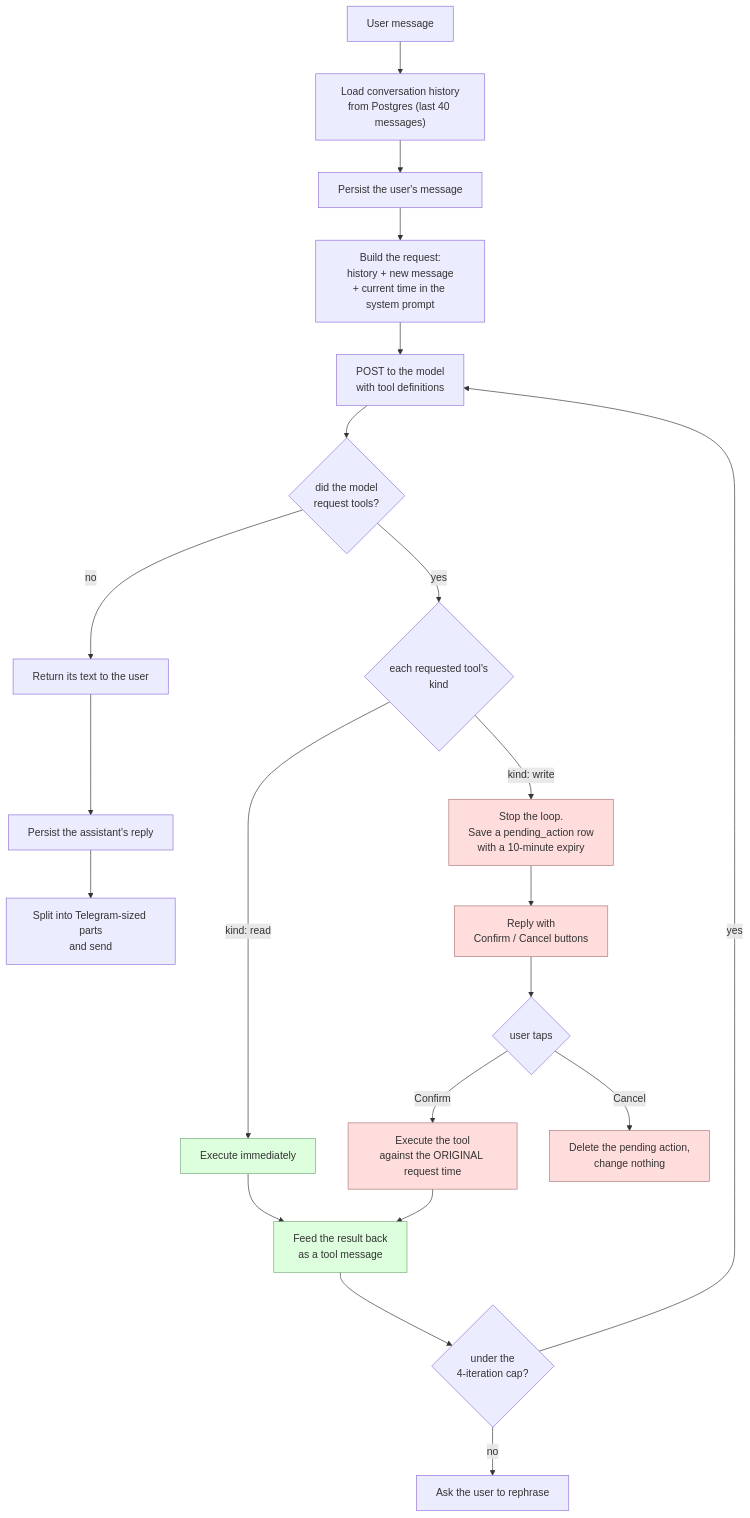
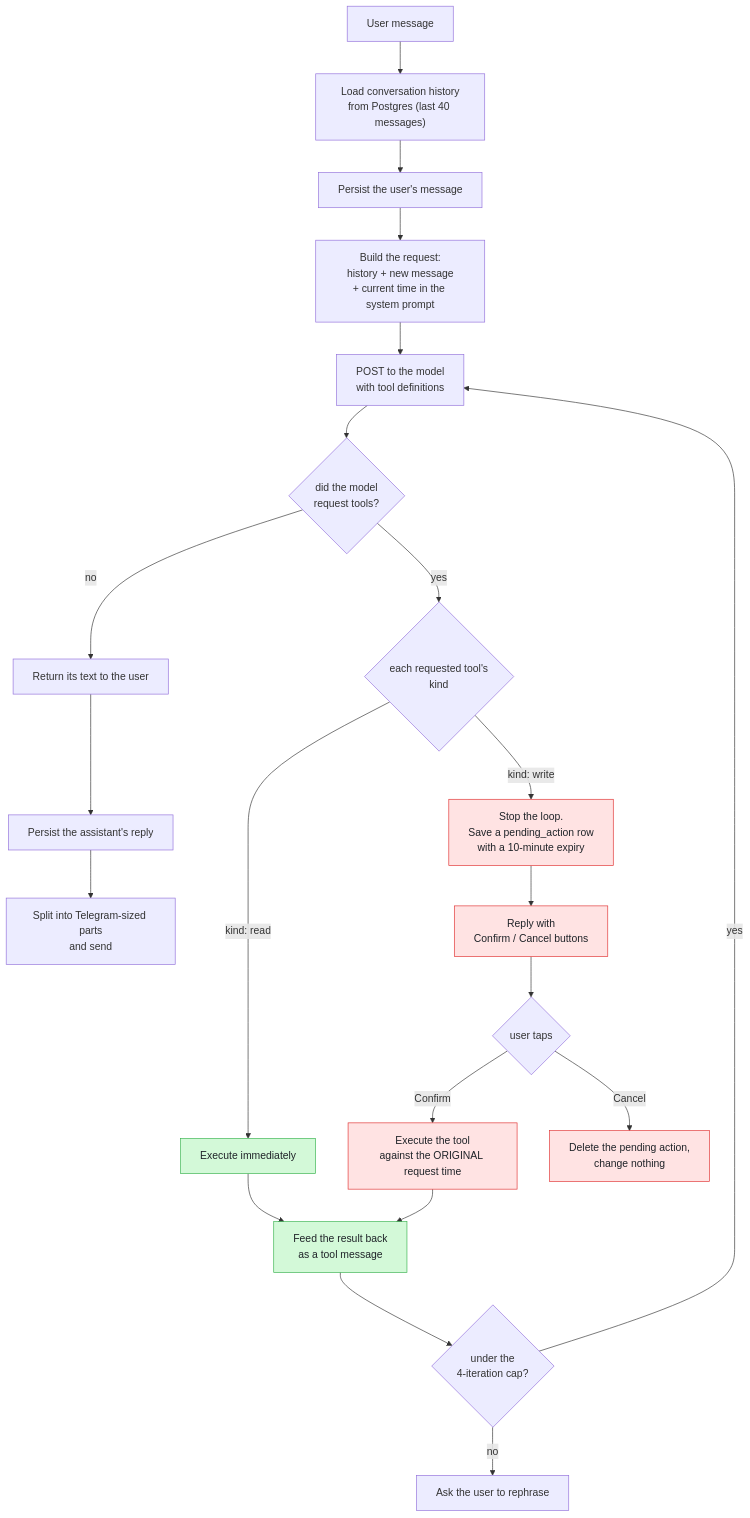
One commit to e1010101/my-helper changed the fourth of 11 diagrams in docs/architecture.md. Above: the diagram before and after it, drawn with Mermaid. The commit also changed other lines of this file and 9 other files, not shown here.

First line of the commit message:
docs: add GitNexus guidance and correct architecture gaps

````diff
--- a/docs/architecture.md
+++ b/docs/architecture.md
@@ -204,34 +201,34 @@
 ```mermaid
 flowchart TD
     Start["User message"] --> Load["Load conversation history<br/>from Postgres (last 40 messages)"]
     Load --> Persist["Persist the user's message"]
     Persist --> Build["Build the request:<br/>history + new message<br/>+ current time in the system prompt"]
 
     Build --> Call["POST to the model<br/>with tool definitions"]
     Call --> HasCalls{"did the model<br/>request tools?"}
 
     HasCalls -->|no| Final["Return its text to the user"]
     HasCalls -->|yes| Split{"each requested tool's<br/>kind"}
 
     Split -->|"kind: read"| ExecuteNow["Execute immediately"]
     Split -->|"kind: write"| Gate
 
     ExecuteNow --> Feed["Feed the result back<br/>as a tool message"]
     Feed --> Iterate{"under the<br/>4-iteration cap?"}
     Iterate -->|yes| Call
     Iterate -->|no| GiveUp["Ask the user to rephrase"]
 
     Gate["Stop the loop.<br/>Save a pending_action row<br/>with a 10-minute expiry"] --> Confirm["Reply with<br/>Confirm / Cancel buttons"]
     Confirm --> Tapped{"user taps"}
     Tapped -->|Confirm| RunTool["Execute the tool<br/>against the ORIGINAL request time"]
     Tapped -->|Cancel| Drop["Delete the pending action,<br/>change nothing"]
     RunTool --> Feed
 
     Final --> Store["Persist the assistant's reply"]
     Store --> Chunk["Split into Telegram-sized parts<br/>and send"]
 
-    classDef write fill:#fdd,stroke:#a77
-    classDef read fill:#dfd,stroke:#7a7
+    classDef write fill:#ffe3e3,stroke:#e03131,color:#1f2328
+    classDef read fill:#d3f9d8,stroke:#37b24d,color:#1f2328
     class Gate,Confirm,RunTool,Drop write
     class ExecuteNow,Feed read
 ```
````
